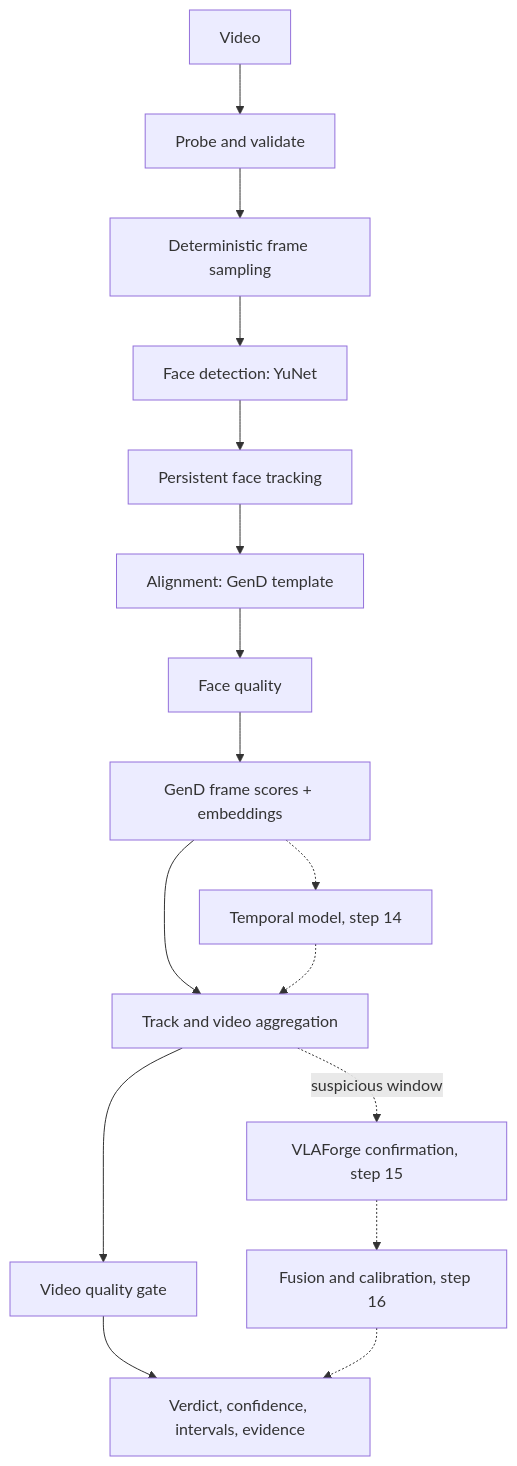
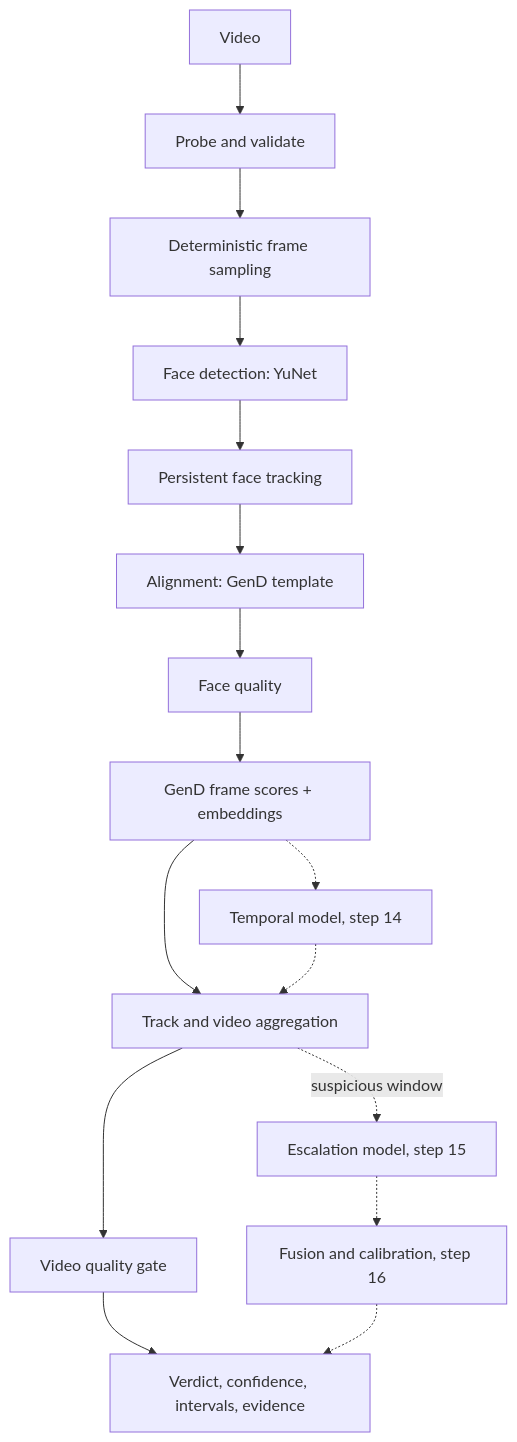
The diagram in docs/architecture.md (romanmihaiiulian/deepfake_detector), drawn with Mermaid before and after one commit. The commit also changed other lines of this file and 4 other files, not shown here.

First line of the commit message:
Step 15: VLAForge provenance review (ADR 0006), not integrated

````diff
--- a/docs/architecture.md
+++ b/docs/architecture.md
@@ -32,18 +32,18 @@
 ```mermaid
 flowchart TD
     V[Video] --> P[Probe and validate]
     P --> S[Deterministic frame sampling]
     S --> D[Face detection: YuNet]
     D --> T[Persistent face tracking]
     T --> A[Alignment: GenD template]
     A --> Q[Face quality]
     Q --> G[GenD frame scores + embeddings]
     G --> AG[Track and video aggregation]
     AG --> VQ[Video quality gate]
     VQ --> VD[Verdict, confidence, intervals, evidence]
     G -.-> TM[Temporal model, step 14]
     TM -.-> AG
-    AG -.->|suspicious window| VL[VLAForge confirmation, step 15]
+    AG -.->|suspicious window| VL[Escalation model, step 15]
     VL -.-> CAL[Fusion and calibration, step 16]
     CAL -.-> VD
 ```
````
